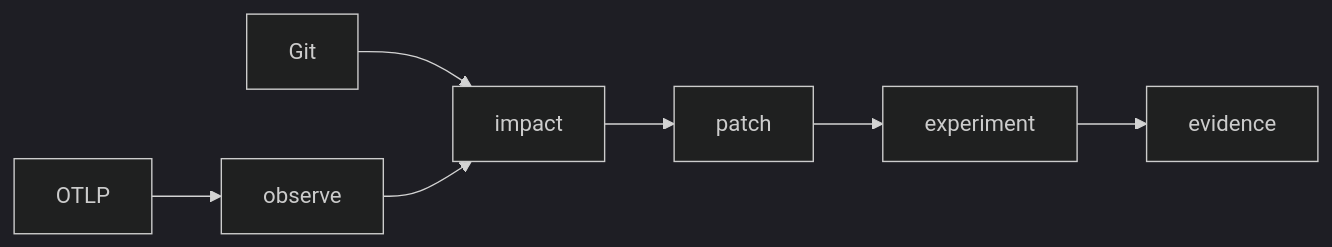
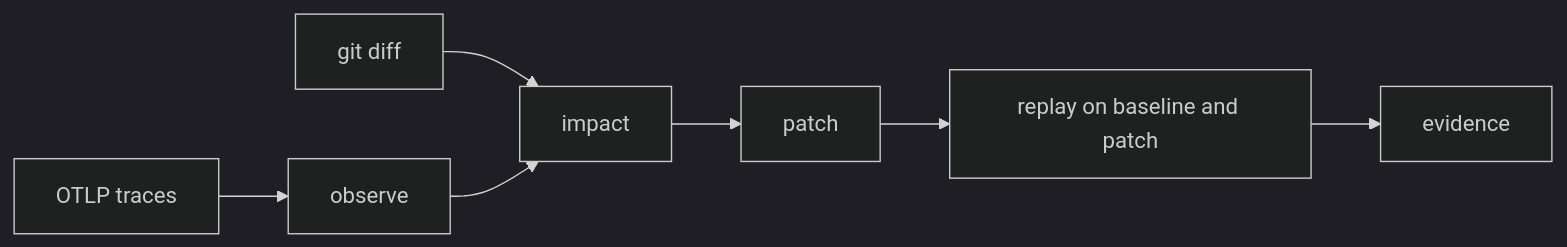
One commit to sumedh-aerram/Aquila changed the diagram in README.md. Above: the diagram before and after it, drawn with Mermaid (dark theme). The commit also changed other lines of this file and 2 other files, not shown here.

First line of the commit message:
docs: explain impact as four facts, not dashboard counts

````diff
--- a/README.md
+++ b/README.md
@@ -48,9 +51,9 @@
 ```mermaid
 flowchart LR
-  git[Git] --> impact[impact]
-  otel[OTLP] --> observe[observe]
+  diff[git diff] --> impact[impact]
+  traces[OTLP traces] --> observe[observe]
   observe --> impact
   impact --> patch[patch]
-  patch --> exp[experiment]
+  patch --> exp[replay on baseline and patch]
   exp --> evidence[evidence]
 ```
````
